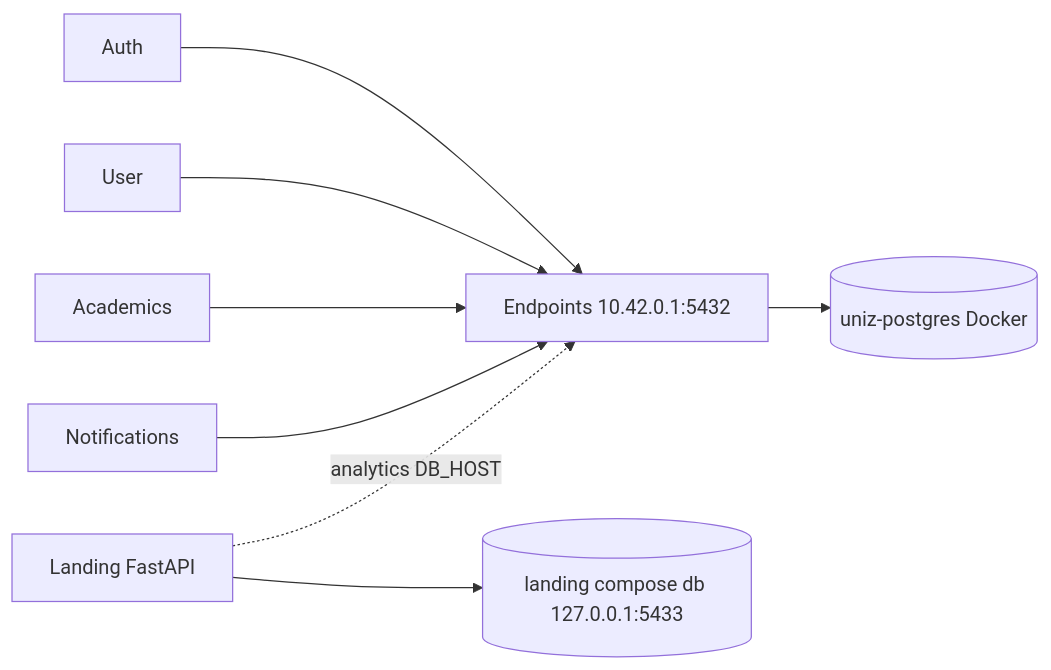
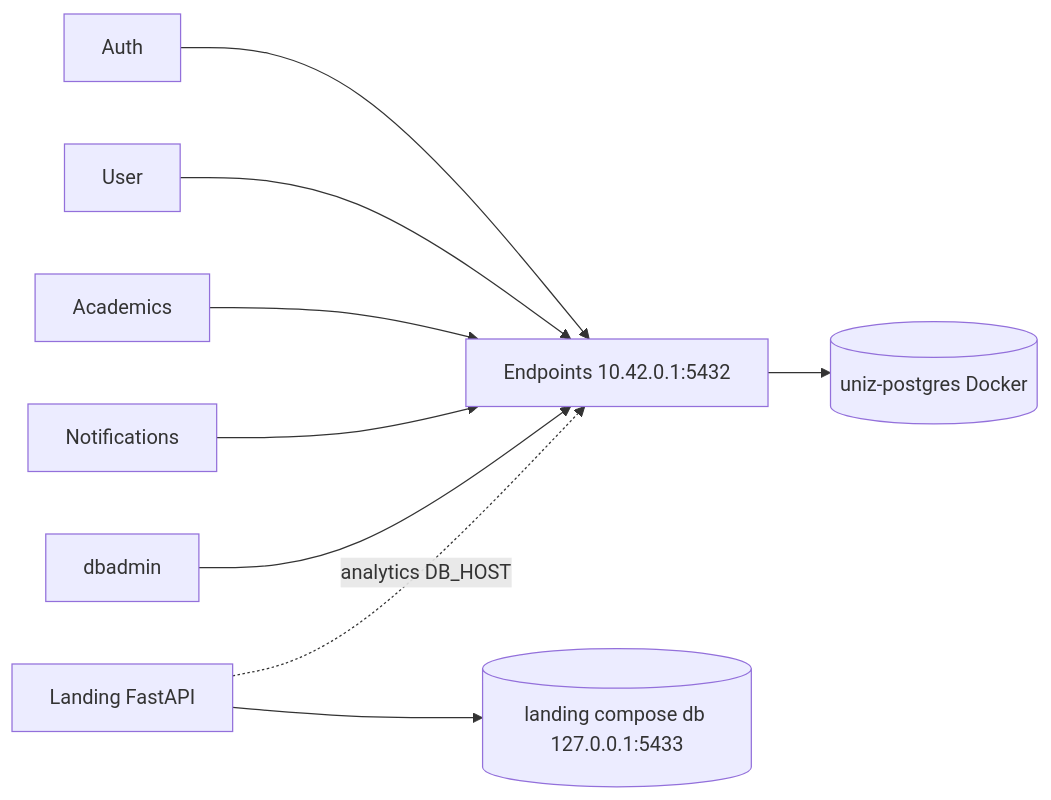
The diagram in apps/uniz-docs/system/data-stores.md (uniz-rguktong/uniz-master), drawn with Mermaid before and after one commit. The commit also changed other lines of this file and 49 other files, not shown here.

````diff
--- a/apps/uniz-docs/system/data-stores.md
+++ b/apps/uniz-docs/system/data-stores.md
@@ -14,10 +14,11 @@
 ```mermaid
 flowchart LR
   Auth --> EP[Endpoints 10.42.0.1:5432]
   User --> EP
   Acad[Academics] --> EP
   Notif[Notifications] --> EP
+  Db[dbadmin] --> EP
   EP --> PG[(uniz-postgres Docker)]
   Land[Landing FastAPI] --> LandDB[(landing compose db 127.0.0.1:5433)]
   Land -.->|analytics DB_HOST| EP
 ```
````
